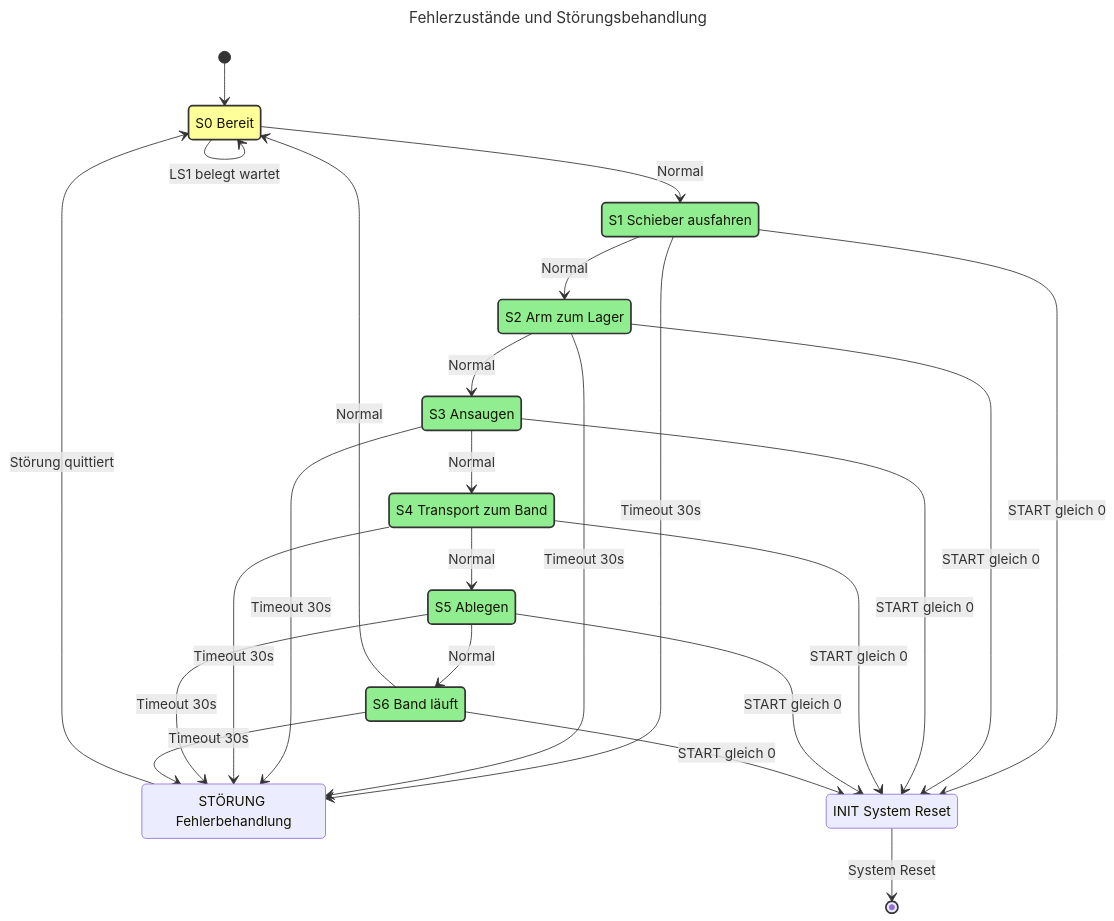
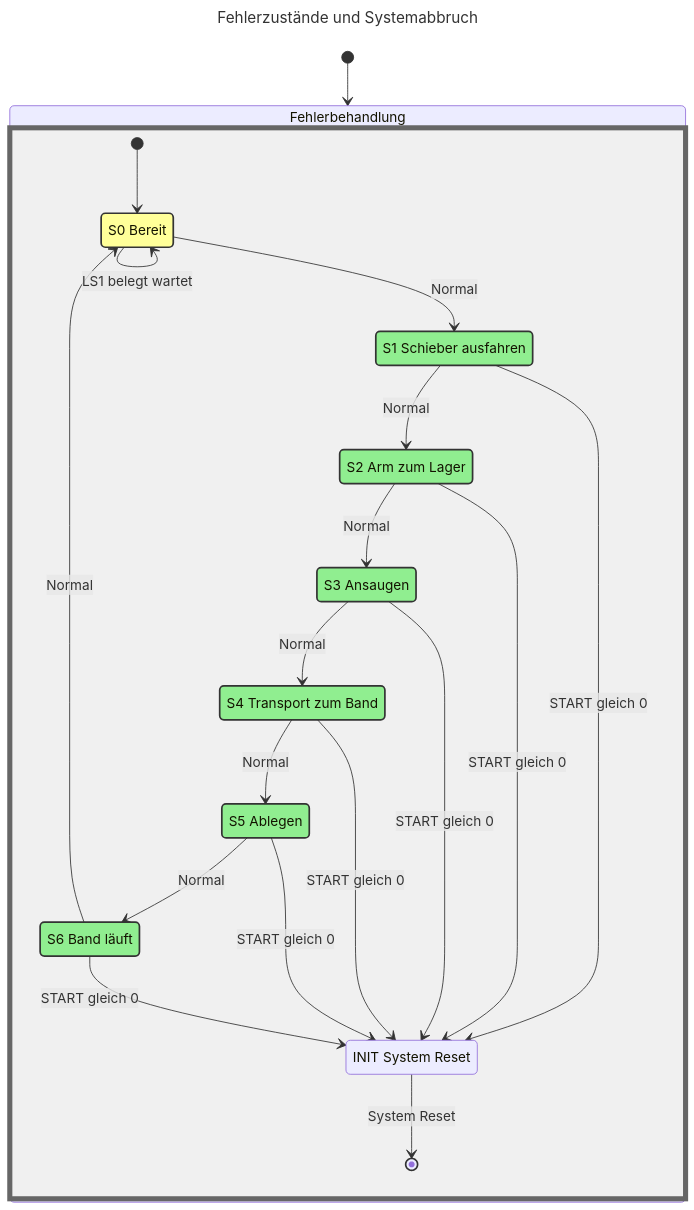
One commit to goldjunge91/ATP_Labor2 changed the eighth of 9 diagrams in Petrinetz_Grafiken.md. Above: the diagram before and after it, drawn with Mermaid. The commit also changed other lines of this file, not shown here.

Commit message:
Aktualisiere Petrinetz-Grafiken mit neuen Diagrammen und verbesserten Erklärungen für Betriebsarten, Automatikzyklus und Fehlerzustände.

````diff
--- a/Petrinetz_Grafiken.md
+++ b/Petrinetz_Grafiken.md
@@ -326,59 +290,52 @@
 ```mermaid
 ---
-title: Fehlerzustände und Störungsbehandlung
+title: Fehlerzustände und Systemabbruch
 ---
 stateDiagram-v2
     direction TB
     
     classDef normalState fill:#90EE90,stroke:#333,stroke-width:2px
     classDef errorState fill:#FF6B6B,stroke:#333,stroke-width:2px
     classDef waitState fill:#FFFF99,stroke:#333,stroke-width:2px
+    classDef backgroundBox fill:#F0F0F0,stroke:#666,stroke-width:6px
     
-    [*] --> S0
-    S0: S0 Bereit
-    S1: S1 Schieber ausfahren
-    S2: S2 Arm zum Lager
-    S3: S3 Ansaugen
-    S4: S4 Transport zum Band
-    S5: S5 Ablegen
-    S6: S6 Band läuft
-    STÖRUNG: STÖRUNG Fehlerbehandlung
-    INIT: INIT System Reset
+    [*] --> Fehlerbehandlung
     
-    %% Normale Ausführung
-    S0 --> S1 : Normal
-    S1 --> S2 : Normal
-    S2 --> S3 : Normal
-    S3 --> S4 : Normal
-    S4 --> S5 : Normal
-    S5 --> S6 : Normal
-    S6 --> S0 : Normal
-    
-    %% Wartezustände
-    S0 --> S0 : Lager leer wartet
-    S0 --> S0 : LS1 belegt wartet
-    
-    %% Timeout-Fehler
-    S1 --> STÖRUNG : Timeout 30s
-    S2 --> STÖRUNG : Timeout 30s
-    S3 --> STÖRUNG : Timeout 30s
-    S4 --> STÖRUNG : Timeout 30s
-    S5 --> STÖRUNG : Timeout 30s
-    S6 --> STÖRUNG : Timeout 30s
-    
-    %% START gleich 0 Abbruch
-    S1 --> INIT : START gleich 0
-    S2 --> INIT : START gleich 0
-    S3 --> INIT : START gleich 0
-    S4 --> INIT : START gleich 0
-    S5 --> INIT : START gleich 0
-    S6 --> INIT : START gleich 0
-    
-    %% Fehlerbehandlung
-    STÖRUNG --> S0 : Störung quittiert
-    INIT --> [*] : System Reset
+    state Fehlerbehandlung {
+        [*] --> S0
+        S0: S0 Bereit
+        S1: S1 Schieber ausfahren
+        S2: S2 Arm zum Lager
+        S3: S3 Ansaugen
+        S4: S4 Transport zum Band
+        S5: S5 Ablegen
+        S6: S6 Band läuft
+        INIT: INIT System Reset
+        
+        %% Normale Ausführung
+        S0 --> S1 : Normal
+        S1 --> S2 : Normal
+        S2 --> S3 : Normal
+        S3 --> S4 : Normal
+        S4 --> S5 : Normal
+        S5 --> S6 : Normal
+        S6 --> S0 : Normal
+        
+        %% Wartezustände
+        S0 --> S0 : Lager leer wartet
+        S0 --> S0 : LS1 belegt wartet
+        
+        %% START gleich 0 Abbruch
+        S1 --> INIT : START gleich 0
+        S2 --> INIT : START gleich 0
+        S3 --> INIT : START gleich 0
+        S4 --> INIT : START gleich 0
+        S5 --> INIT : START gleich 0
+        S6 --> INIT : START gleich 0
+        INIT --> [*] : System Reset
+    }
     
     class S1,S2,S3,S4,S5,S6 normalState
-    class STÖRUNG errorState
     class S0 waitState
+    class Fehlerbehandlung backgroundBox
 ```
````
